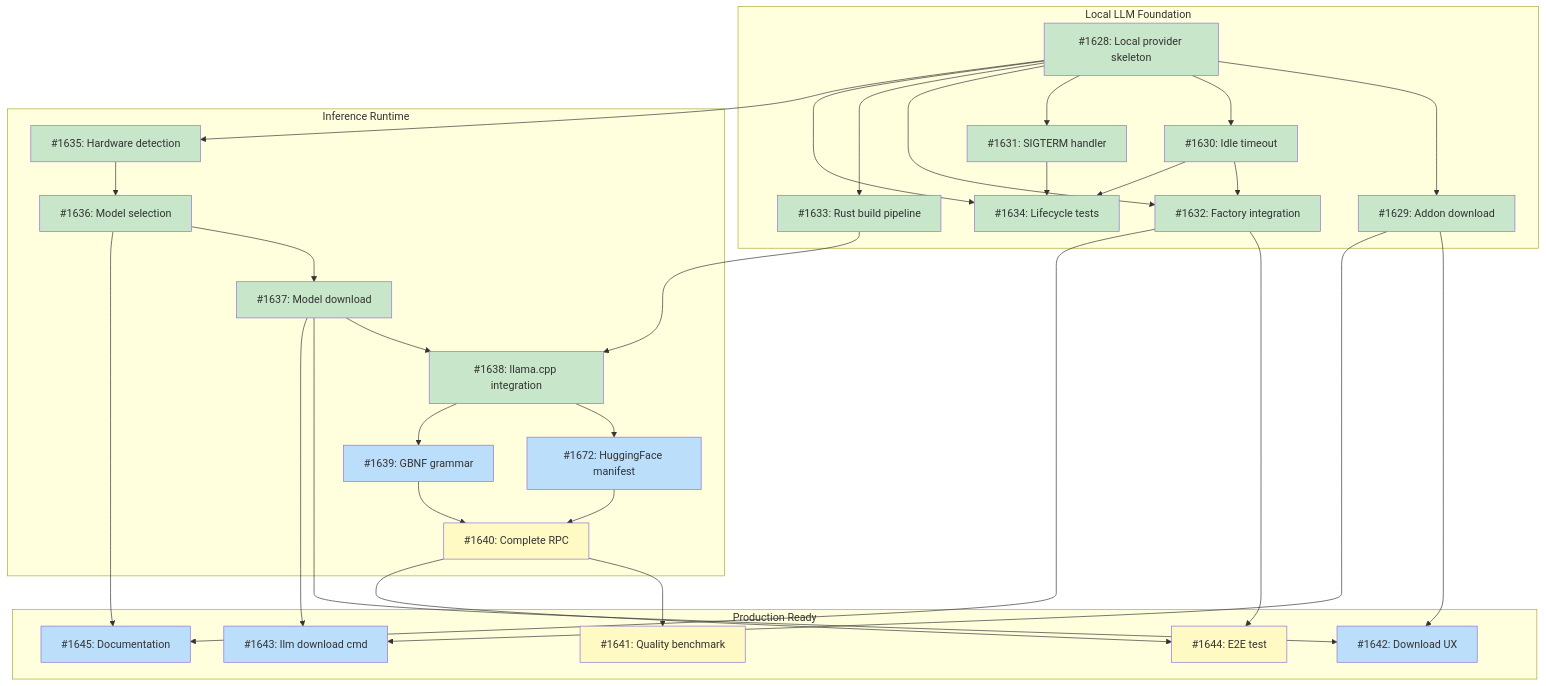
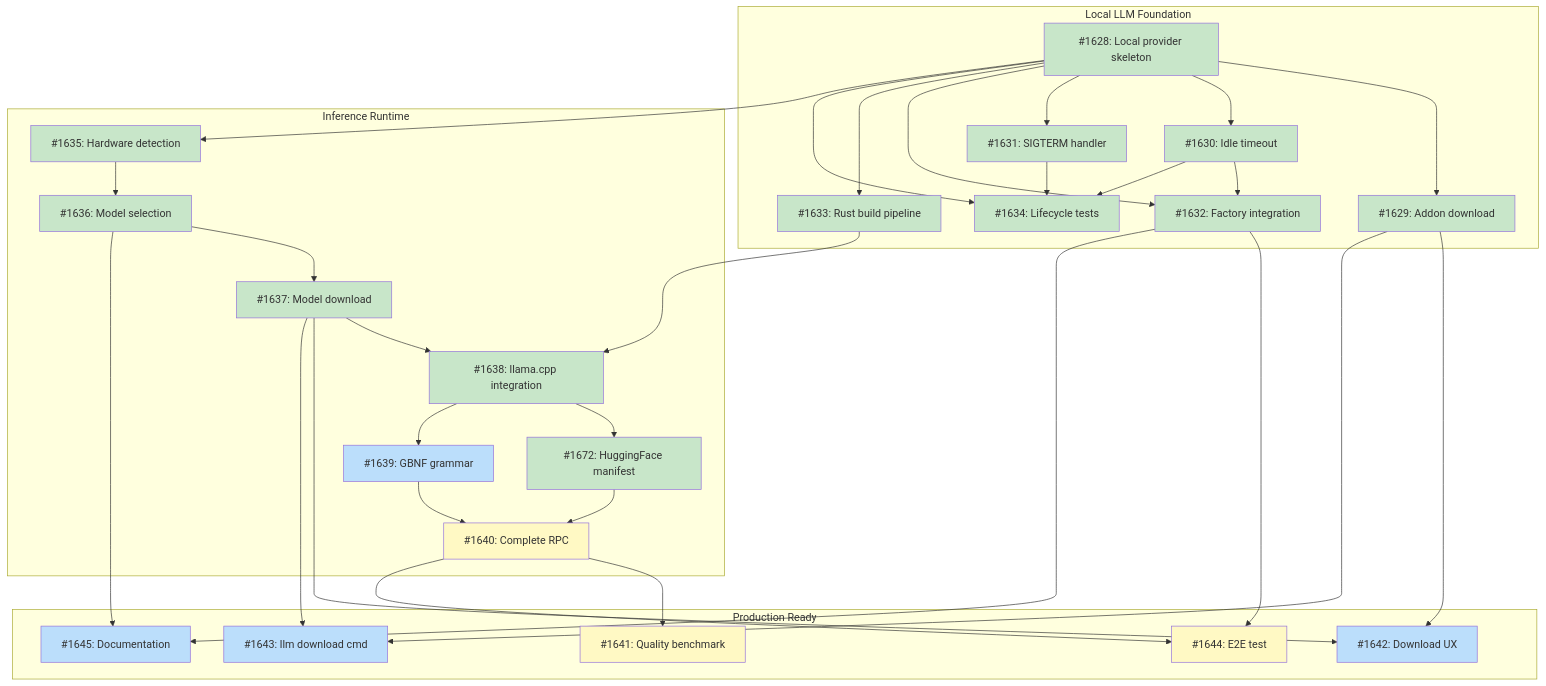
One commit to tsukumogami/tsuku changed the diagram in docs/designs/DESIGN-local-llm-runtime.md. Above: the diagram before and after it, drawn with Mermaid. The commit also changed other lines of this file, not shown here.

Commit message:
docs(llm): mark #1672 as done in design doc

````diff
--- a/docs/designs/DESIGN-local-llm-runtime.md
+++ b/docs/designs/DESIGN-local-llm-runtime.md
@@ -76,67 +76,67 @@
 ```mermaid
 graph TD
     subgraph M1["Local LLM Foundation"]
         I1628["#1628: Local provider skeleton"]
         I1629["#1629: Addon download"]
         I1630["#1630: Idle timeout"]
         I1631["#1631: SIGTERM handler"]
         I1632["#1632: Factory integration"]
         I1633["#1633: Rust build pipeline"]
         I1634["#1634: Lifecycle tests"]
     end
 
     subgraph M2["Inference Runtime"]
         I1635["#1635: Hardware detection"]
         I1636["#1636: Model selection"]
         I1637["#1637: Model download"]
         I1638["#1638: llama.cpp integration"]
         I1672["#1672: HuggingFace manifest"]
         I1639["#1639: GBNF grammar"]
         I1640["#1640: Complete RPC"]
     end
 
     subgraph M3["Production Ready"]
         I1641["#1641: Quality benchmark"]
         I1642["#1642: Download UX"]
         I1643["#1643: llm download cmd"]
         I1644["#1644: E2E test"]
         I1645["#1645: Documentation"]
     end
 
     I1628 --> I1629
     I1628 --> I1630
     I1628 --> I1631
     I1628 --> I1632
     I1630 --> I1632
     I1628 --> I1633
     I1628 --> I1634
     I1630 --> I1634
     I1631 --> I1634
     I1628 --> I1635
     I1635 --> I1636
     I1636 --> I1637
     I1633 --> I1638
     I1637 --> I1638
     I1638 --> I1672
     I1638 --> I1639
     I1672 --> I1640
     I1639 --> I1640
     I1640 --> I1641
     I1629 --> I1642
     I1637 --> I1642
     I1629 --> I1643
     I1637 --> I1643
     I1640 --> I1644
     I1632 --> I1644
     I1632 --> I1645
     I1636 --> I1645
 
     classDef done fill:#c8e6c9
     classDef ready fill:#bbdefb
     classDef blocked fill:#fff9c4
     classDef needsDesign fill:#e1bee7
 
-    class I1628,I1629,I1630,I1631,I1632,I1633,I1634,I1635,I1636,I1637,I1638 done
-    class I1639,I1672,I1642,I1643,I1645 ready
+    class I1628,I1629,I1630,I1631,I1632,I1633,I1634,I1635,I1636,I1637,I1638,I1672 done
+    class I1639,I1642,I1643,I1645 ready
     class I1640,I1641,I1644 blocked
 ```
````
